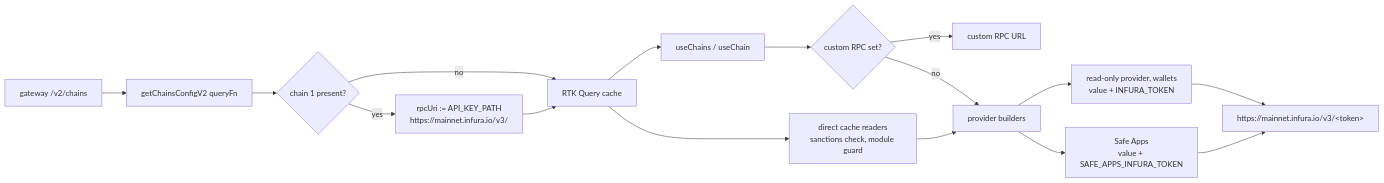
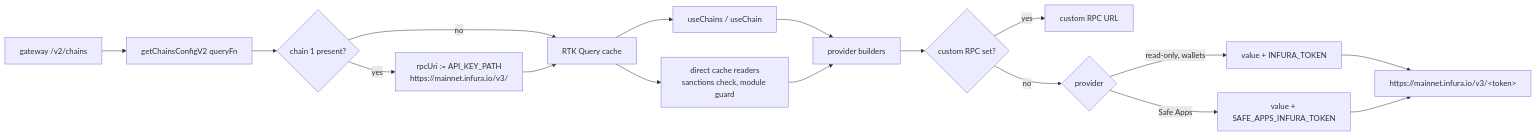
One commit to simplexchat/safe-wallet-monorepo changed the diagram in plans/2026-11-18-mainnet-rpc.md. Above: the diagram before and after it, drawn with Mermaid. The commit also changed other lines of this file, not shown here.

````diff
--- a/plans/2026-11-18-mainnet-rpc.md
+++ b/plans/2026-11-18-mainnet-rpc.md
@@ -51,18 +46,19 @@
 ```mermaid
 flowchart LR
   CGW["gateway /v2/chains"] --> Q["getChainsConfigV2 queryFn"]
   Q --> W{"chain 1 present?"}
   W -- yes --> R["rpcUri := API_KEY_PATH<br/>https://mainnet.infura.io/v3/"]
   W -- no --> C
   R --> C["RTK Query cache"]
   C --> H["useChains / useChain"]
   C --> D["direct cache readers<br/>sanctions check, module guard"]
-  H --> X{"custom RPC set?"}
+  H --> P["provider builders"]
+  D --> P
+  P --> X{"custom RPC set?"}
   X -- yes --> CU["custom RPC URL"]
-  X -- no --> P["provider builders"]
-  D --> P
-  P --> U["read-only provider, wallets<br/>value + INFURA_TOKEN"]
-  P --> S["Safe Apps<br/>value + SAFE_APPS_INFURA_TOKEN"]
+  X -- no --> K{"provider"}
+  K -- "read-only, wallets" --> U["value + INFURA_TOKEN"]
+  K -- "Safe Apps" --> S["value + SAFE_APPS_INFURA_TOKEN"]
   U --> I["https://mainnet.infura.io/v3/&lt;token&gt;"]
   S --> I
 ```
````
